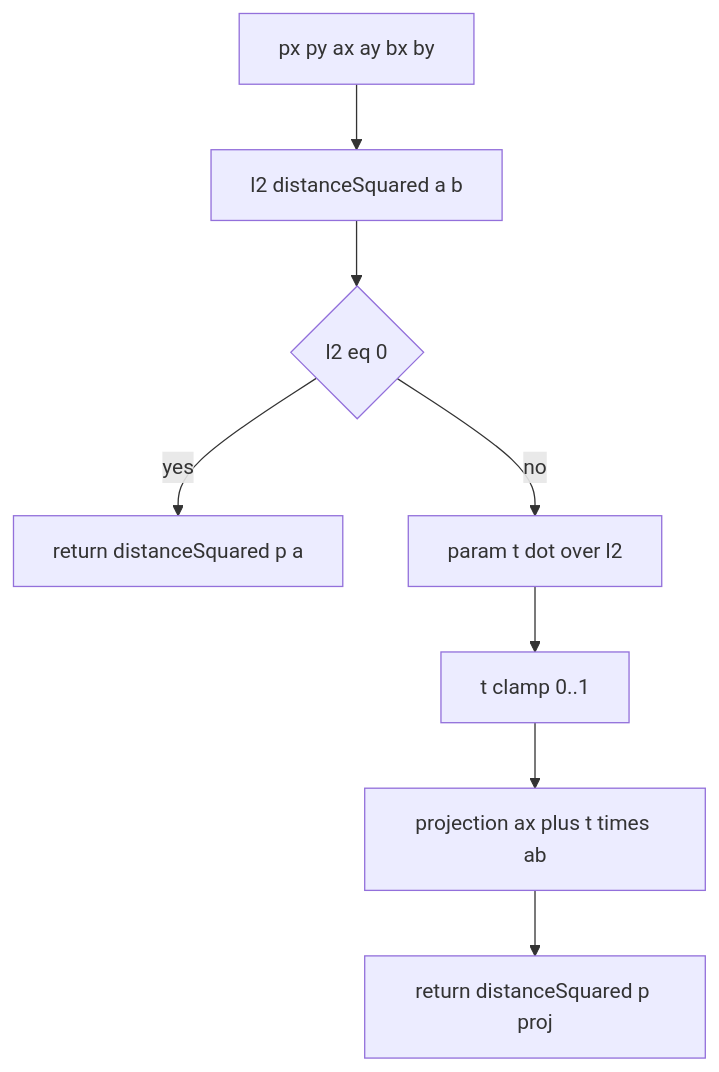
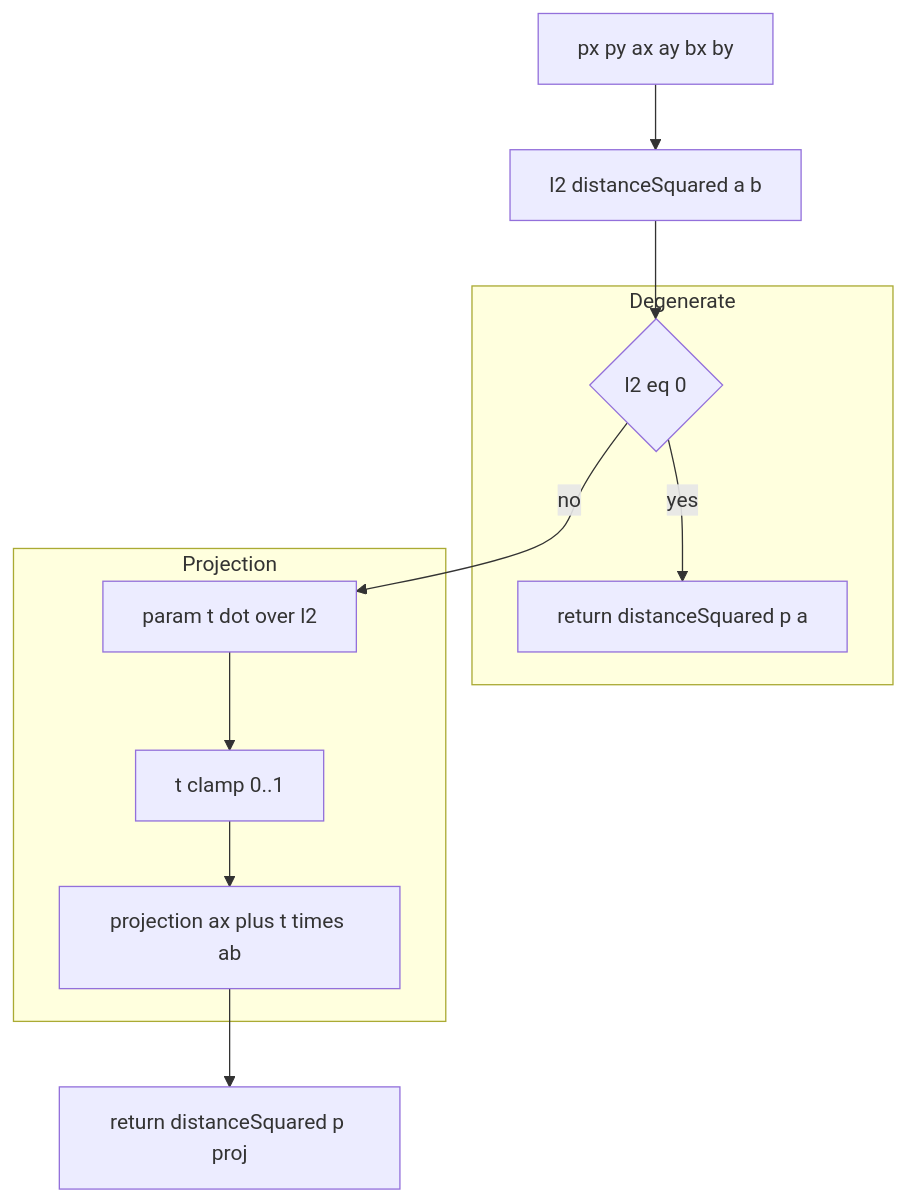
One commit to Gh0st352/AETHR changed the first of 4 diagrams in docs/poly/distance_projection_and_offset.md. Above: the diagram before and after it, drawn with Mermaid. The commit also changed other lines of this file and 9 other files, not shown here.

First line of the commit message:
docs(poly): improve README headings and mermaid diagrams

````diff
--- a/docs/poly/distance_projection_and_offset.md
+++ b/docs/poly/distance_projection_and_offset.md
@@ -20,10 +20,27 @@
 ```mermaid
+%% shared theme: docs/_mermaid/theme.json %%
 flowchart TD
   IN[px py ax ay bx by] --> L2[l2 distanceSquared a b]
   L2 --> S{l2 eq 0}
   S -->|yes| RET0[return distanceSquared p a]
   S -->|no| T[param t dot over l2]
   T --> CLAMP[t clamp 0..1]
   CLAMP --> PROJ[projection ax plus t times ab]
   PROJ --> RET[return distanceSquared p proj]
+
+  subgraph "Degenerate"
+    S
+    RET0
+  end
+  subgraph "Projection"
+    T
+    CLAMP
+    PROJ
+  end
+
+  class IN class_io;
+  class L2 class_compute;
+  class S class_decision;
+  class T,CLAMP,PROJ class_step;
+  class RET0,RET class_result;
 ```
````
